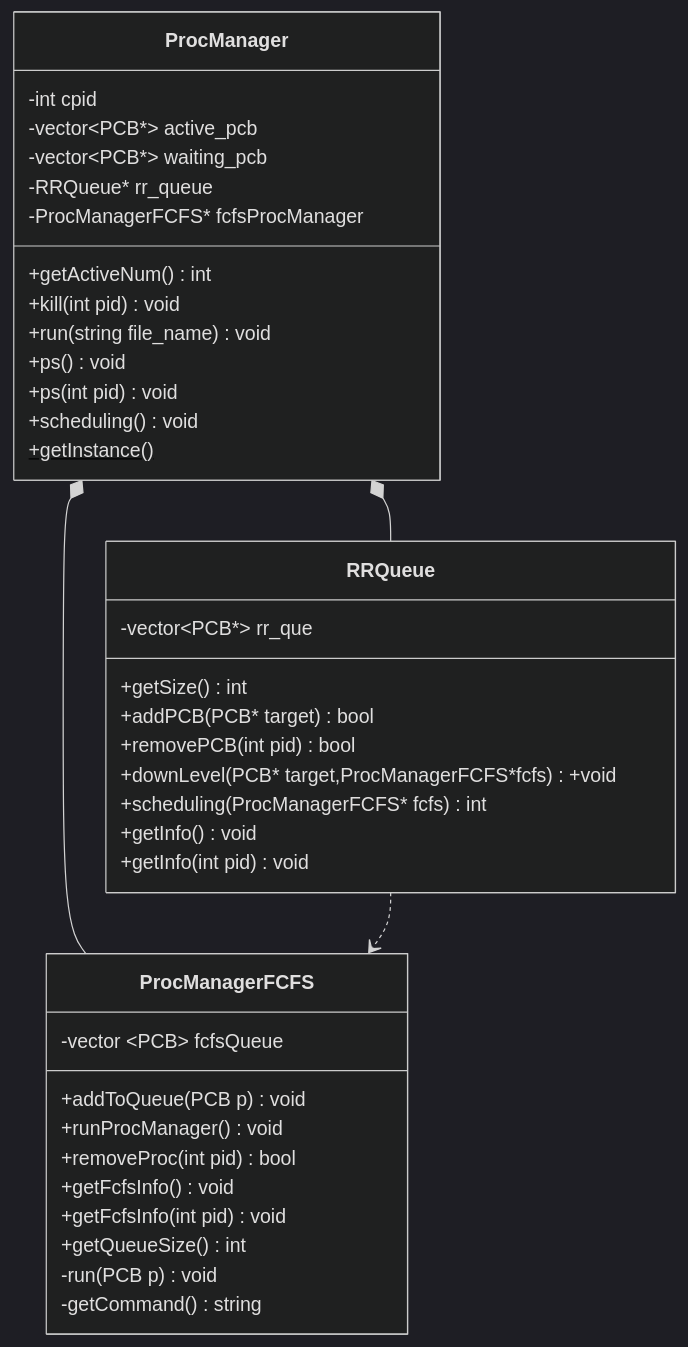
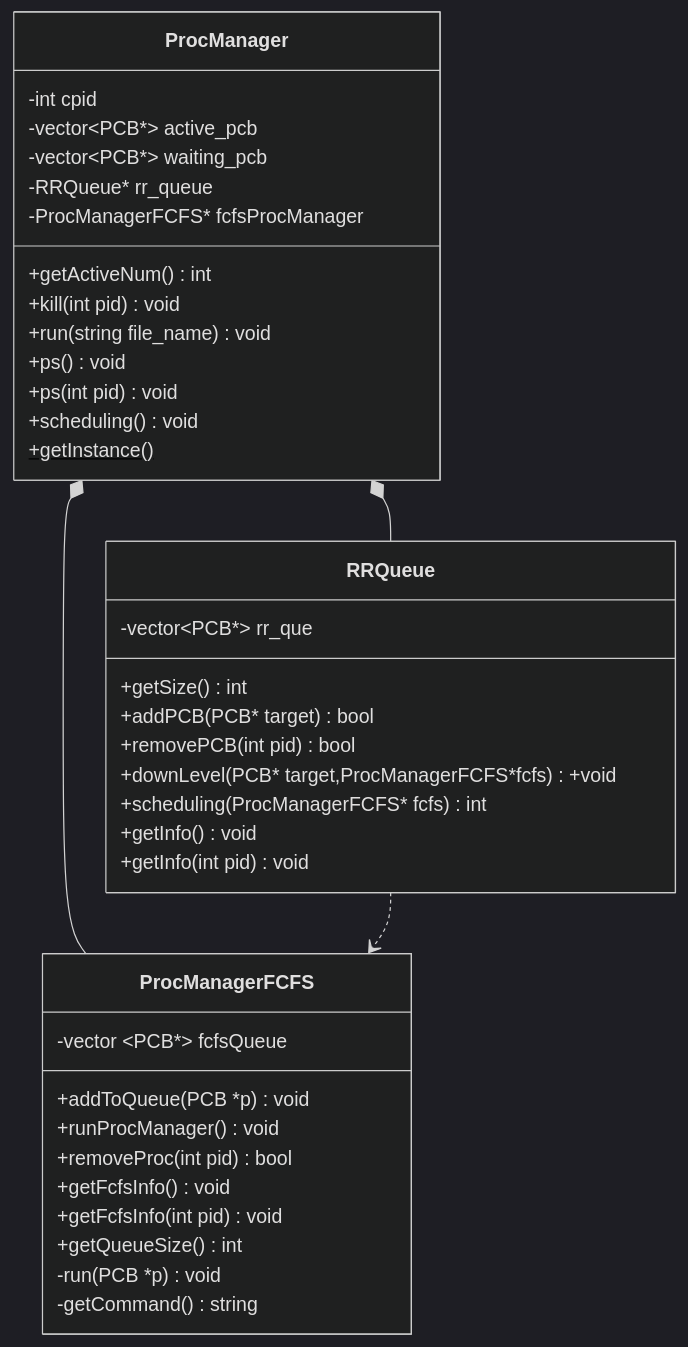
The diagram in README.md (MsunM-cell/Operating-System), drawn with Mermaid (dark theme) before and after one commit.

````diff
--- a/README.md
+++ b/README.md
@@ -5,42 +5,42 @@
 ```mermaid
 classDiagram
 class RRQueue {
     -vector~PCB*~ rr_que
     +getSize() int 
     +addPCB(PCB* target) bool
     +removePCB(int pid) bool
     +downLevel(PCB* target,ProcManagerFCFS*fcfs) +void 
     +scheduling(ProcManagerFCFS* fcfs) int
     +getInfo() void
     +getInfo(int pid) void
 }
 class ProcManagerFCFS {
-    -vector ~PCB~ fcfsQueue
-    +addToQueue(PCB p) void
+    -vector ~PCB*~ fcfsQueue
+    +addToQueue(PCB *p) void
     +runProcManager() void
     +removeProc(int pid) bool
     +getFcfsInfo() void
     +getFcfsInfo(int pid) void
     +getQueueSize() int
-    -run(PCB p) void
+    -run(PCB *p) void
     -getCommand() string
 }
 class ProcManager {
     -int cpid
     -vector~PCB*~ active_pcb
     -vector~PCB*~ waiting_pcb
     -RRQueue* rr_queue
     -ProcManagerFCFS* fcfsProcManager
 
     +getActiveNum() int
     +kill(int pid) void
     +run(string file_name) void
     +ps() void
     +ps(int pid) void
     +scheduling() void
     +getInstance()$
 }
 ProcManager *-- RRQueue
 ProcManager *-- ProcManagerFCFS
 RRQueue ..>ProcManagerFCFS 
 ```
````
